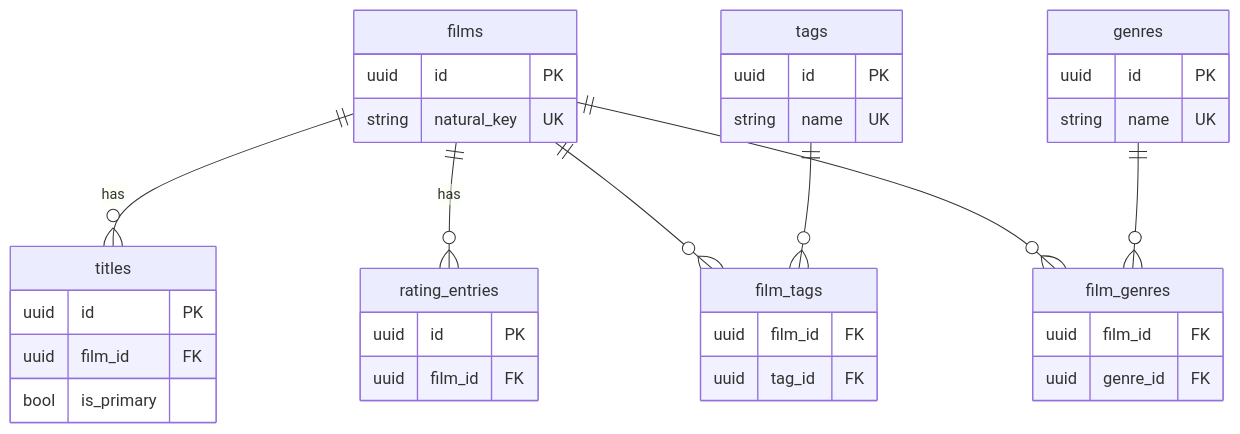
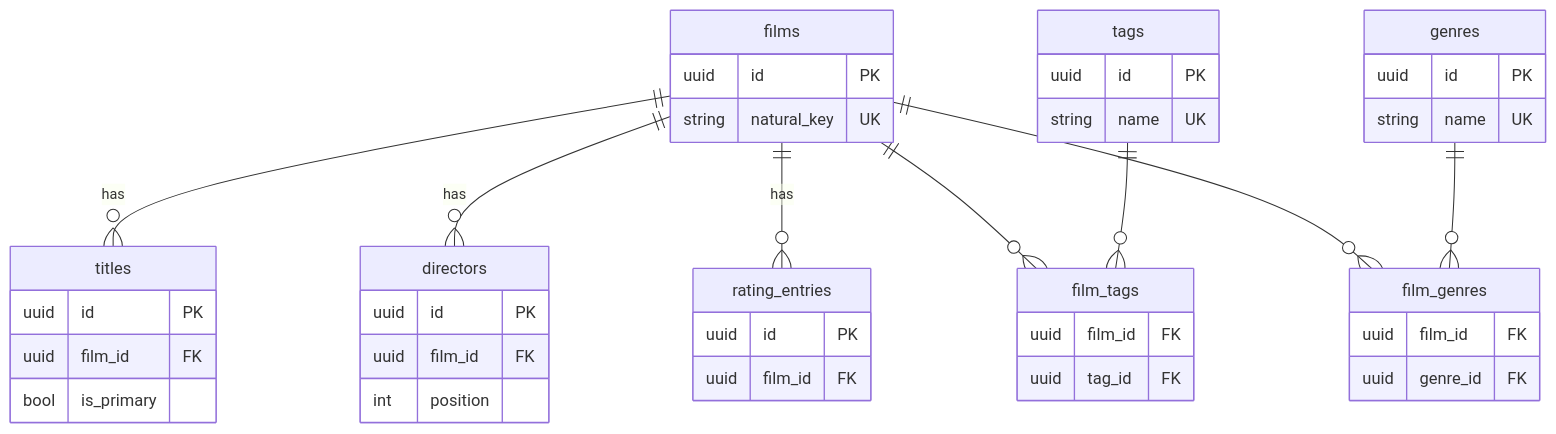
The second of 4 diagrams in docs/designs/DESIGN_V1.md (Jan0H0Punkt/FilmRewatchApp), drawn with Mermaid before and after one commit. The commit also changed other lines of this file and 2 other files, not shown here.

Commit message:
docs(films): specify directors as a list and the key derived from it

````diff
--- a/docs/designs/DESIGN_V1.md
+++ b/docs/designs/DESIGN_V1.md
@@ -212,38 +212,44 @@
 ```mermaid
 erDiagram
     films {
         uuid id PK
         string natural_key UK
     }
     titles {
         uuid id PK
         uuid film_id FK
         bool is_primary
+    }
+    directors {
+        uuid id PK
+        uuid film_id FK
+        int position
     }
     rating_entries {
         uuid id PK
         uuid film_id FK
     }
     tags {
         uuid id PK
         string name UK
     }
     film_tags {
         uuid film_id FK
         uuid tag_id FK
     }
     genres {
         uuid id PK
         string name UK
     }
     film_genres {
         uuid film_id FK
         uuid genre_id FK
     }
     films ||--o{ titles : "has"
+    films ||--o{ directors : "has"
     films ||--o{ rating_entries : "has"
     films ||--o{ film_tags : ""
     tags  ||--o{ film_tags : ""
     films ||--o{ film_genres : ""
     genres ||--o{ film_genres : ""
 ```
````
